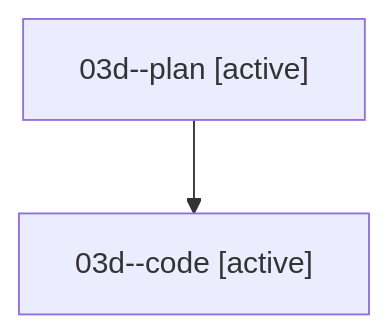
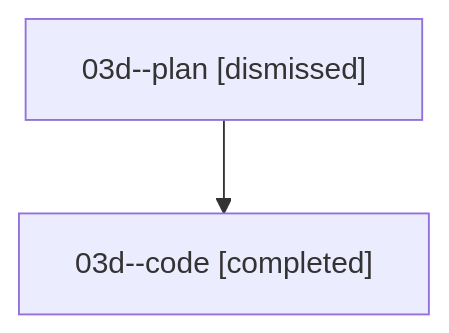
One commit to sase-org/sase--agents changed the diagram in families/bbugyi200.athena.03d.md. Above: the diagram before and after it, drawn with Mermaid. The commit also changed other lines of this file and 179 other files, not shown here.

````diff
--- a/families/bbugyi200.athena.03d.md
+++ b/families/bbugyi200.athena.03d.md
@@ -9,6 +9,6 @@
 ```mermaid
 flowchart TD
-  n0["03d--plan [active]"]
-  n1["03d--code [active]"]
+  n0["03d--plan [dismissed]"]
+  n1["03d--code [completed]"]
   n0 --> n1
 ```
````
